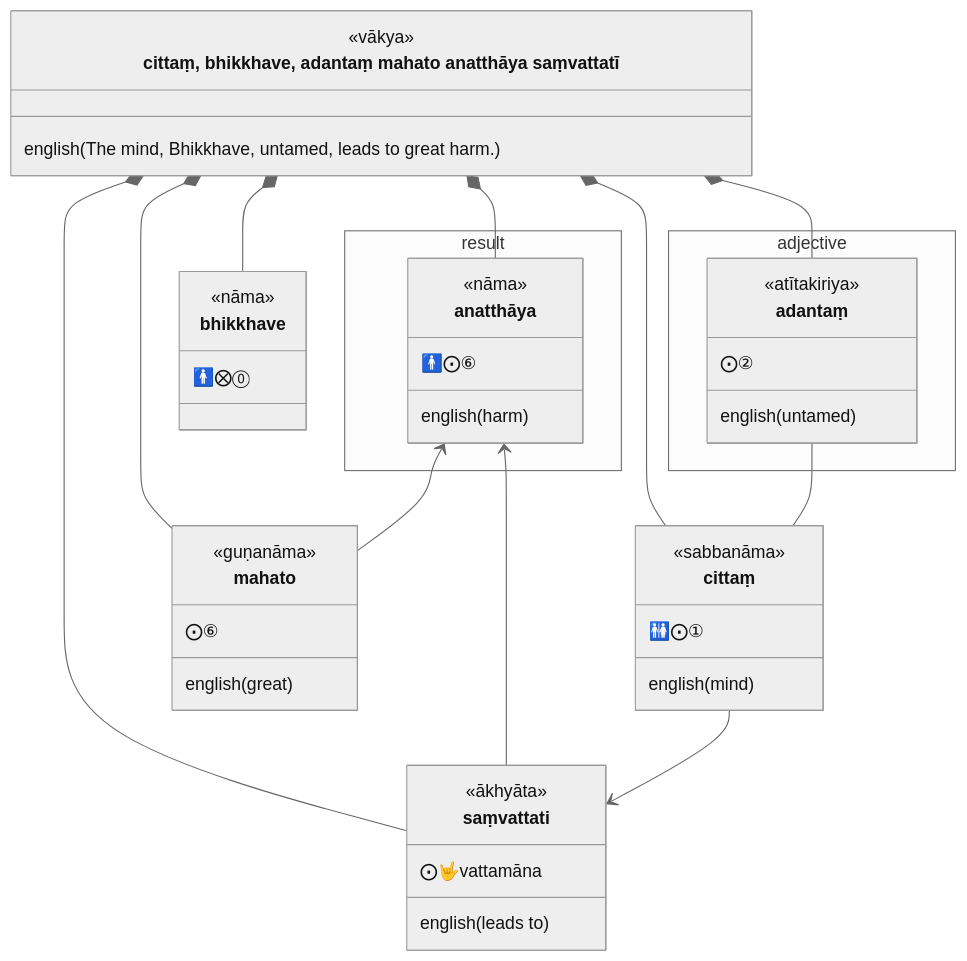
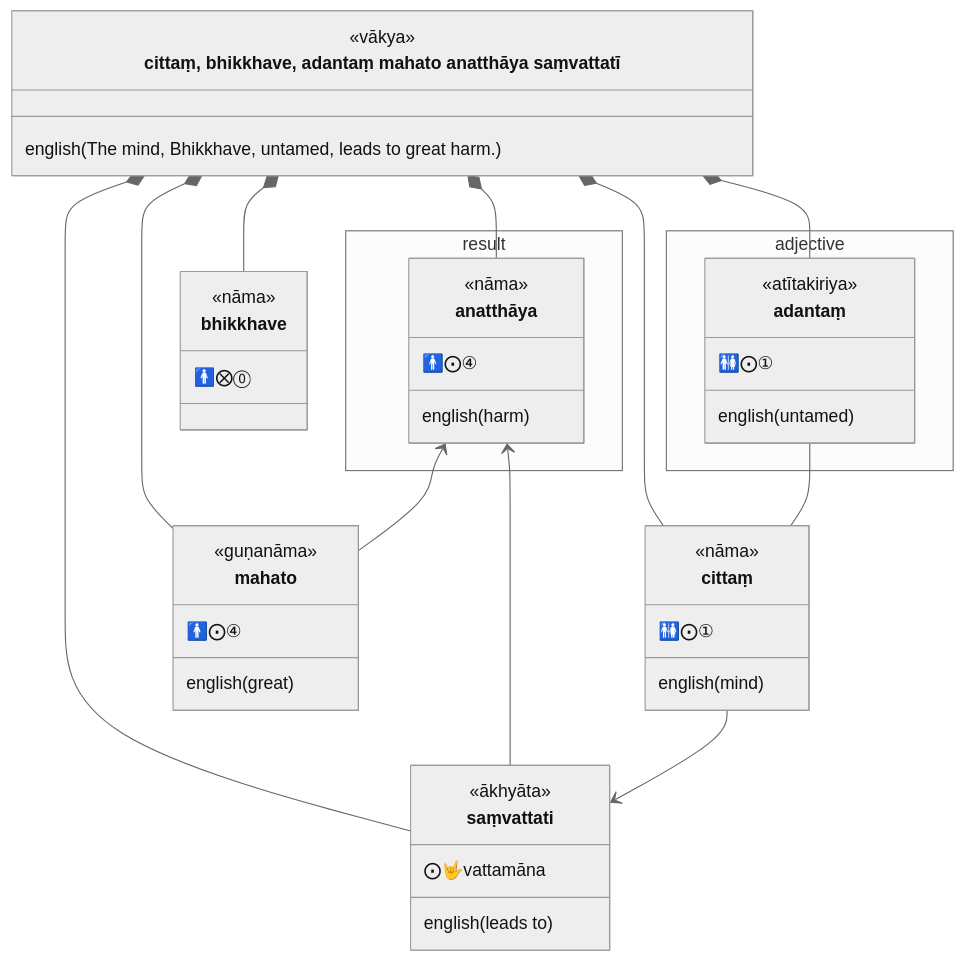
The second of 5 diagrams in src/content/docs/Sutta/restraining.md (ChristineTham/buddhavacana), drawn with Mermaid (neutral theme) before and after one commit. The commit also changed other lines of this file and 27 other files, not shown here.

````diff
--- a/src/content/docs/Sutta/restraining.md
+++ b/src/content/docs/Sutta/restraining.md
@@ -143,50 +143,50 @@
 ```mermaid
 classDiagram
   class sentence["cittaṃ, bhikkhave, adantaṃ mahato anatthāya saṃvattatī"] {
     <<vākya>>
     english(The mind, Bhikkhave, untamed, leads to great harm.)
   }
   class cittaṃ {
-    <<sabbanāma>>
+    <<nāma>>
     🚻⨀①
     english(mind)
   }
   class bhikkhave {
     <<nāma>>
     🚹⨂⓪
   }
   namespace adjective {
     class adantaṃ {
       <<atītakiriya>>
-      ⨀②
+      🚻⨀①
       english(untamed)
     }
   }
   class mahato {
     <<guṇanāma>>
-     ⨀⑥
+     🚹⨀④
     english(great)
   }
   namespace result {
     class anatthāya {
       <<nāma>>
-      🚹⨀⑥
+      🚹⨀④
       english(harm)
     }
   }
   class saṃvattati {
     <<ākhyāta>>
     ⨀🤟vattamāna
     english(leads to)
   }
   sentence *-- cittaṃ
   sentence *-- bhikkhave
   sentence *-- adantaṃ
   sentence *-- mahato
   sentence *-- anatthāya
   sentence *-- saṃvattati
   anatthāya <-- mahato
   anatthāya <-- saṃvattati
   adantaṃ -- cittaṃ
   cittaṃ --> saṃvattati
 ```
````
